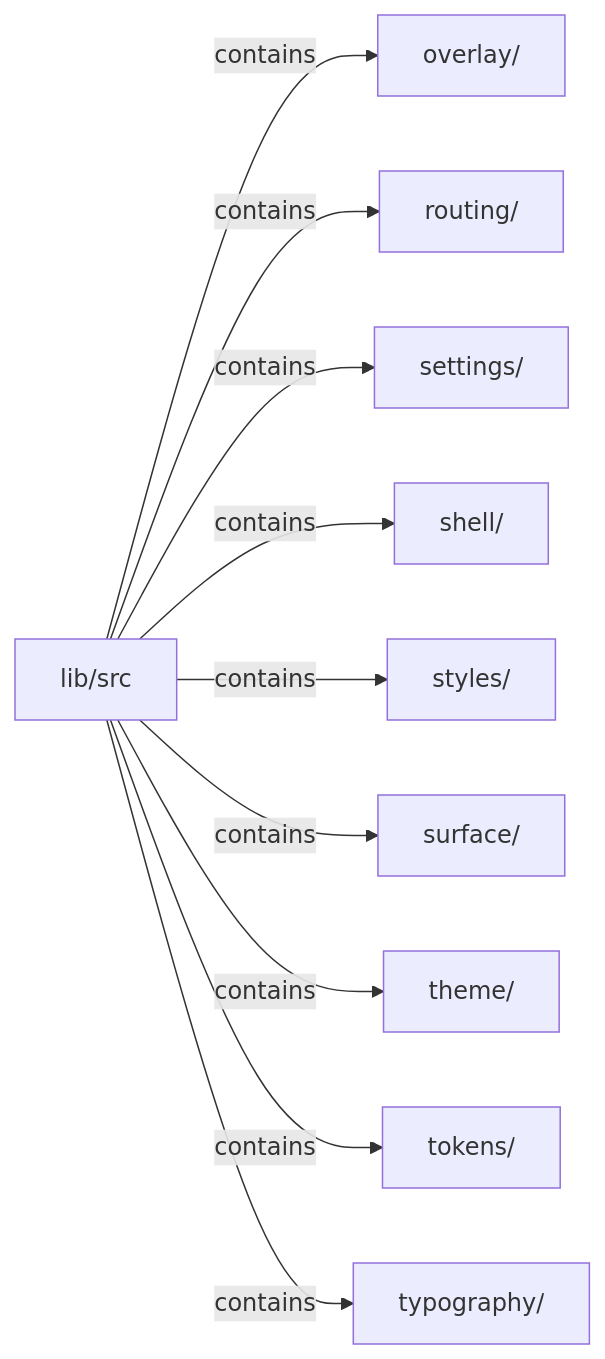
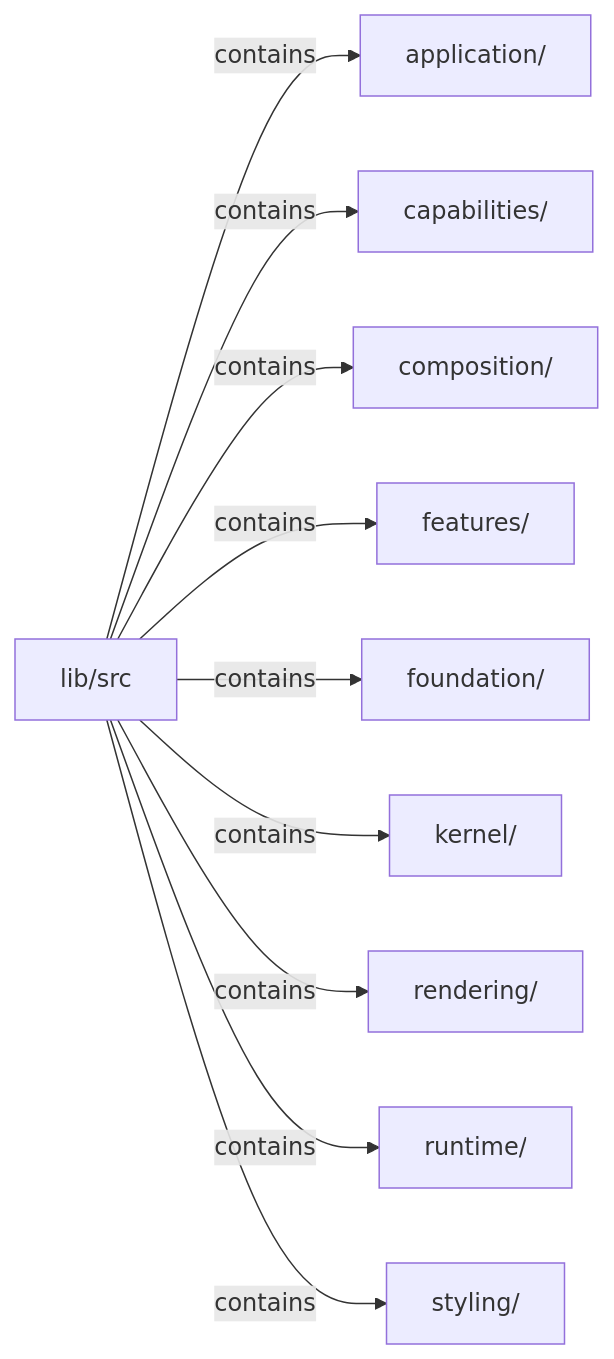
Before and after one commit to MiuDog/Kallopis: the diagram in docs/architecture/src/README.md, drawn with Mermaid. The commit also changed other lines of this file and 3539 other files, not shown here.

````diff
--- a/docs/architecture/src/README.md
+++ b/docs/architecture/src/README.md
@@ -46,22 +19,22 @@
 ```mermaid
 flowchart LR
 	n0["lib/src"]
-	n1["overlay/"]
-	n2["routing/"]
-	n3["settings/"]
-	n4["shell/"]
-	n5["styles/"]
-	n6["surface/"]
-	n7["theme/"]
-	n8["tokens/"]
-	n9["typography/"]
+	n1["application/"]
+	n2["capabilities/"]
+	n3["composition/"]
+	n4["features/"]
+	n5["foundation/"]
+	n6["kernel/"]
+	n7["rendering/"]
+	n8["runtime/"]
+	n9["styling/"]
 	n0 -->|"contains"| n1
 	n0 -->|"contains"| n2
 	n0 -->|"contains"| n3
 	n0 -->|"contains"| n4
 	n0 -->|"contains"| n5
 	n0 -->|"contains"| n6
 	n0 -->|"contains"| n7
 	n0 -->|"contains"| n8
 	n0 -->|"contains"| n9
 ```
````
